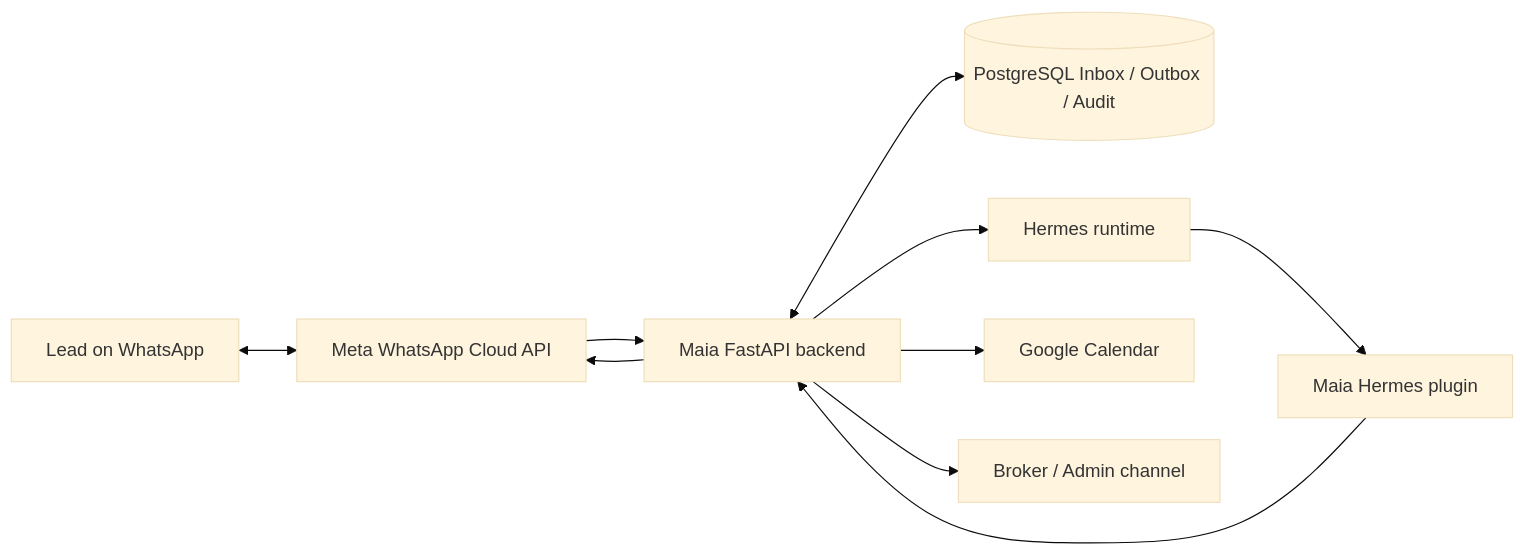
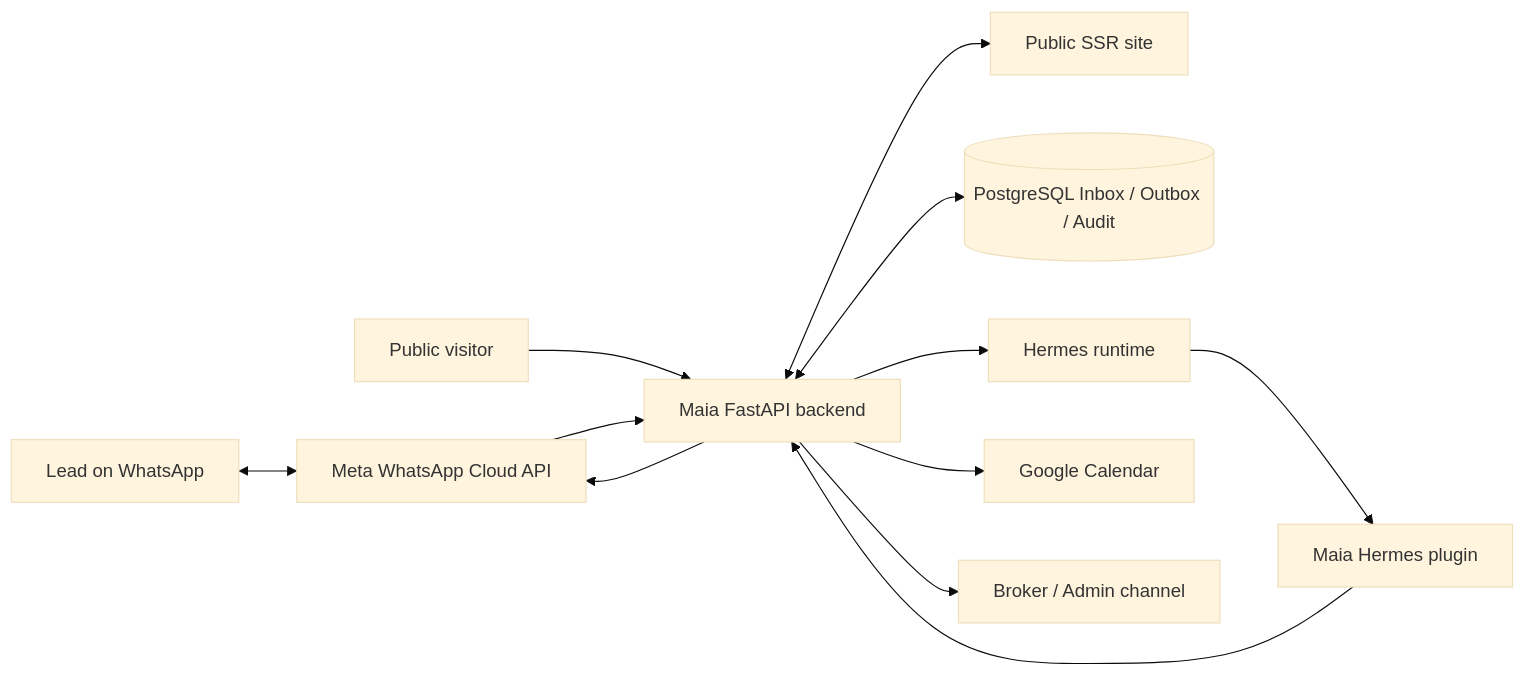
The first of 2 diagrams in README.md (gmogmzGithub/maia-agent), drawn with Mermaid (base theme) before and after one commit. The commit also changed other lines of this file and 100 other files, not shown here.

````diff
--- a/README.md
+++ b/README.md
@@ -50,21 +61,25 @@
 ```mermaid
 flowchart LR
     Lead["Lead on WhatsApp"]
+    Visitor["Public visitor"]
     Meta["Meta WhatsApp Cloud API"]
     Backend["Maia FastAPI backend"]
+    Site["Public SSR site"]
     Inbox[("PostgreSQL Inbox / Outbox / Audit")]
     Hermes["Hermes runtime"]
     Plugin["Maia Hermes plugin"]
     Calendar["Google Calendar"]
     Broker["Broker / Admin channel"]
 
     Lead <--> Meta
+    Visitor --> Backend
+    Backend <--> Site
     Meta --> Backend
     Backend <--> Inbox
     Backend --> Hermes
     Hermes --> Plugin
     Plugin --> Backend
     Backend --> Calendar
     Backend --> Meta
     Backend --> Broker
 ```
````
